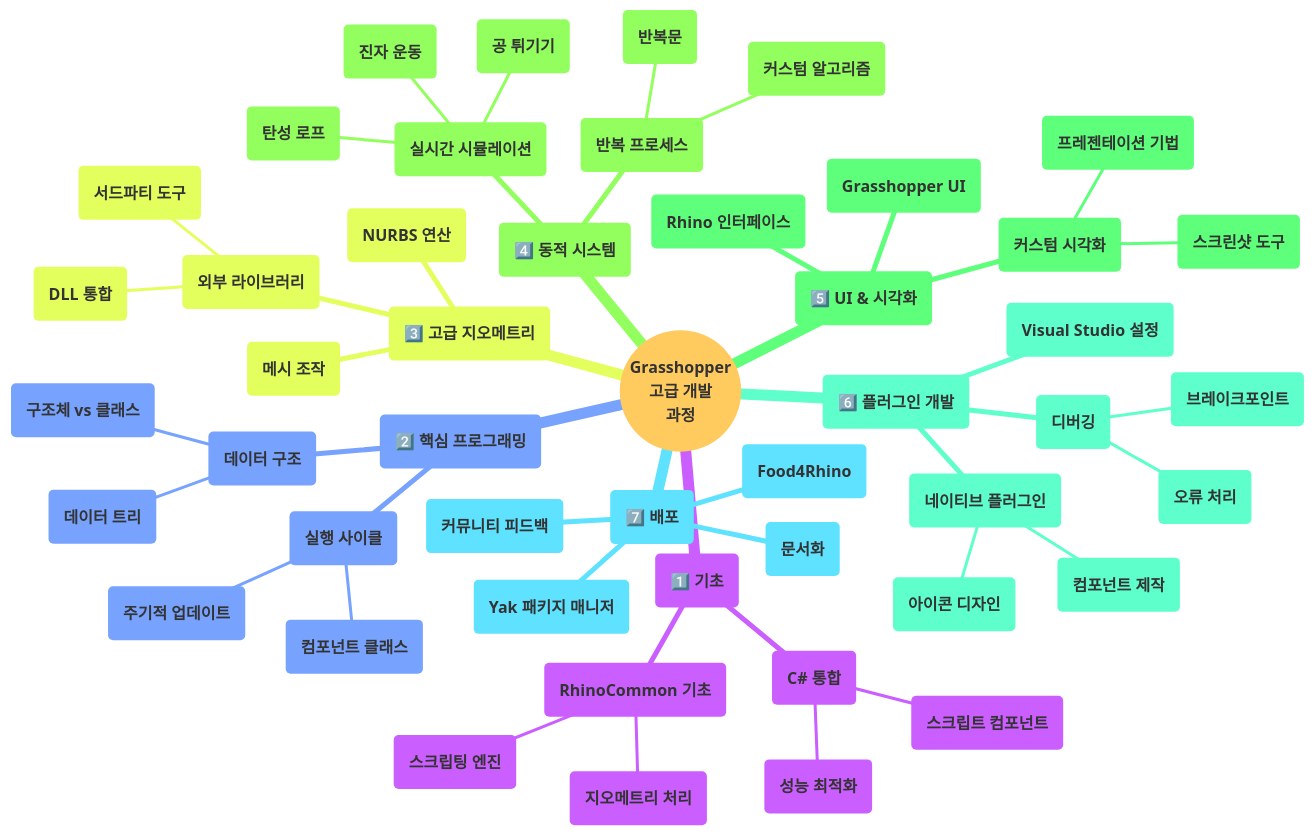
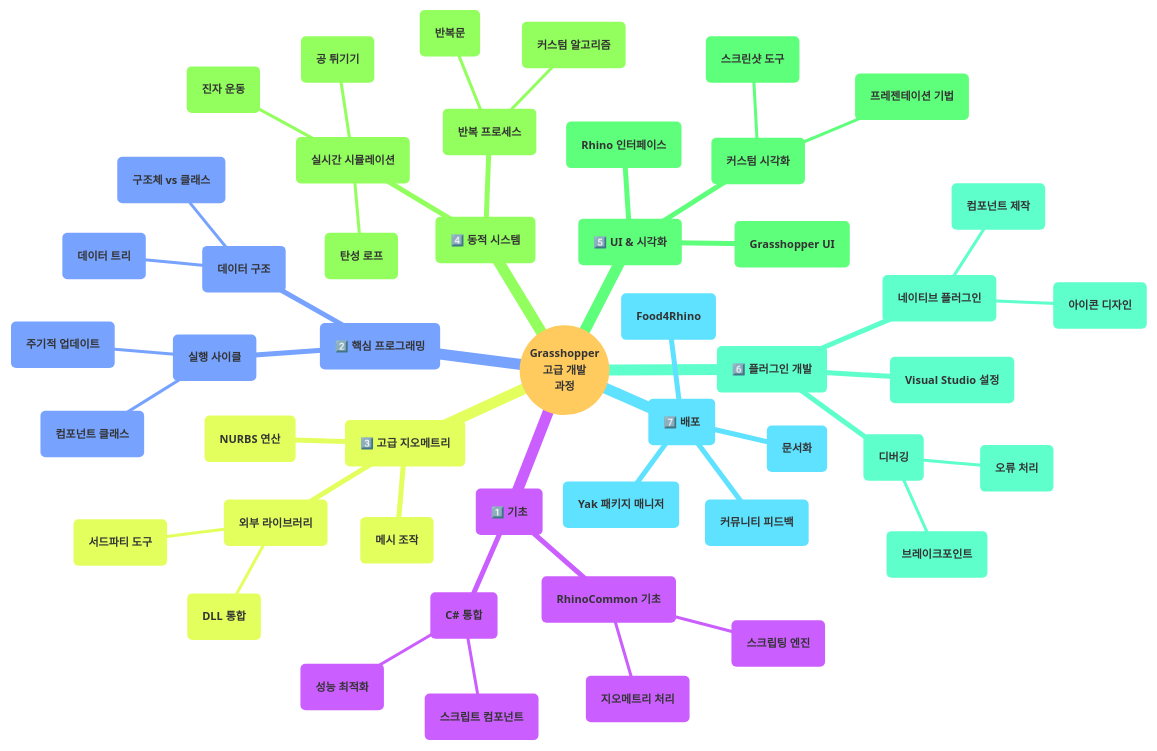
The first of 2 diagrams in content/ADG/1.1 ADG.md (1ncarnati0n/TechBlog), drawn with Mermaid before and after one commit. The commit also changed other lines of this file, not shown here.

Commit message:
Update content content/ADG/1.1 ADG.md

````diff
--- a/content/ADG/1.1 ADG.md
+++ b/content/ADG/1.1 ADG.md
@@ -36,52 +36,52 @@
 ```mermaid
-%%{init: {'theme': 'base', 'themeVariables': { 'fontSize': '16px', 'fontWeight': 'bold', 'lineColor': '#2B2B2B', 'mainBkg': '#E6F3FF' }}}%%
+%%{init: {'theme': 'base', 'themeVariables': { 'fontSize': '11px', 'fontWeight': 'bold', 'lineColor': '#2B2B2B', 'mainBkg': '#E6F3FF' }}}%%
 mindmap
   root(("**Grasshopper**<br/>**고급 개발**<br/>**과정**"))
     ("**1️⃣ 기초**")
       ("**RhinoCommon 기초**")
         ("**지오메트리 처리**")
         ("**스크립팅 엔진**")
       ("**C# 통합**")
         ("**스크립트 컴포넌트**")
         ("**성능 최적화**")
     ("**2️⃣ 핵심 프로그래밍**")
       ("**데이터 구조**")
         ("**구조체 vs 클래스**")
         ("**데이터 트리**")
       ("**실행 사이클**")
         ("**컴포넌트 클래스**")
         ("**주기적 업데이트**")
     ("**3️⃣ 고급 지오메트리**")
       ("**NURBS 연산**")
       ("**메시 조작**")
       ("**외부 라이브러리**")
         ("**DLL 통합**")
         ("**서드파티 도구**")
     ("**4️⃣ 동적 시스템**")
       ("**실시간 시뮬레이션**")
         ("**진자 운동**")
         ("**탄성 로프**")
         ("**공 튀기기**")
       ("**반복 프로세스**")
         ("**반복문**")
         ("**커스텀 알고리즘**")
     ("**5️⃣ UI & 시각화**")
       ("**Rhino 인터페이스**")
       ("**Grasshopper UI**")
       ("**커스텀 시각화**")
         ("**스크린샷 도구**")
         ("**프레젠테이션 기법**")
     ("**6️⃣ 플러그인 개발**")
       ("**Visual Studio 설정**")
       ("**네이티브 플러그인**")
         ("**컴포넌트 제작**")
         ("**아이콘 디자인**")
       ("**디버깅**")
         ("**브레이크포인트**")
         ("**오류 처리**")
     ("**7️⃣ 배포**")
       ("**Food4Rhino**")
       ("**Yak 패키지 매니저**")
       ("**문서화**")
       ("**커뮤니티 피드백**")
 ```
````
